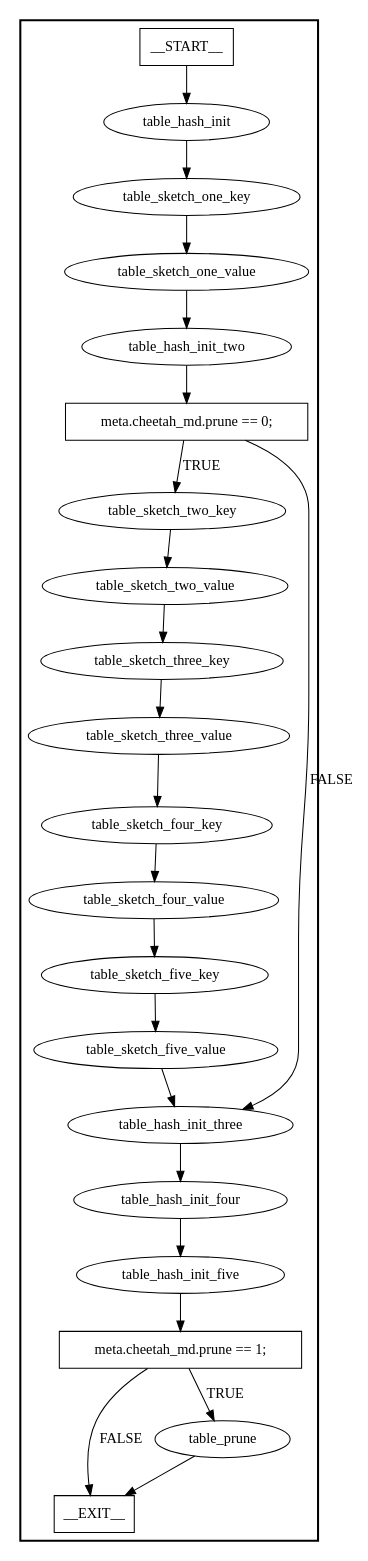
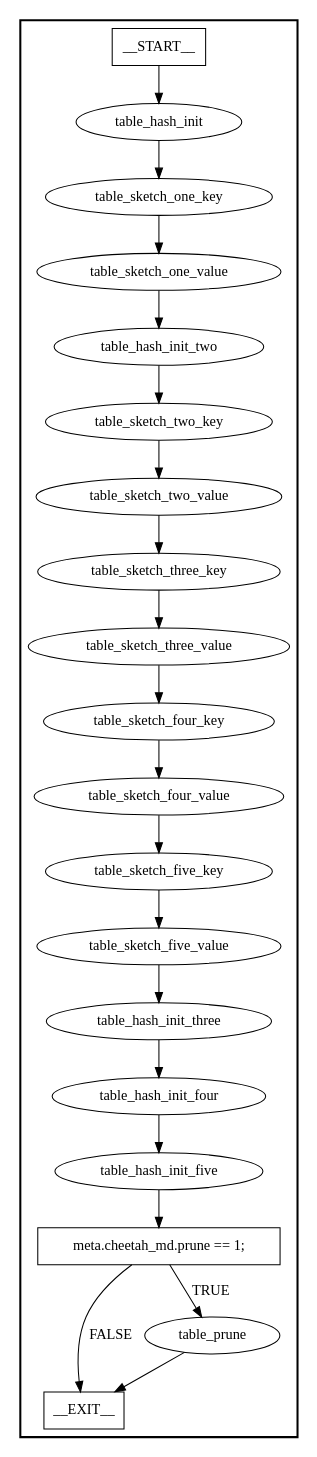
Before and after one commit to eniac/FP4: the diagram in instrumentation/mvbl/context_dot_cache/cheetah_groupby/ingress.dot, drawn with Graphviz. The commit also changed 12 other files, not shown here.

```diff
--- a/instrumentation/mvbl/context_dot_cache/cheetah_groupby/ingress.dot
+++ b/instrumentation/mvbl/context_dot_cache/cheetah_groupby/ingress.dot
@@ -1,47 +1,44 @@
 digraph ingress {
 subgraph cluster {
 graph [
 label="", labeljust=r, style=bold];
 0[label=__START__, margin="", shape=rectangle, style=solid];
 1[label=__EXIT__, margin="", shape=rectangle, style=solid];
 2[label=table_hash_init, margin="", shape=ellipse, style=solid];
 3[label=table_sketch_one_key, margin="", shape=ellipse, style=solid];
 4[label=table_sketch_one_value, margin="", shape=ellipse, style=solid];
 5[label=table_hash_init_two, margin="", shape=ellipse, style=solid];
-6[label="meta.cheetah_md.prune == 0;", margin="", shape=rectangle, style=solid];
-7[label=table_sketch_two_key, margin="", shape=ellipse, style=solid];
-8[label=table_sketch_two_value, margin="", shape=ellipse, style=solid];
-9[label=table_sketch_three_key, margin="", shape=ellipse, style=solid];
-10[label=table_sketch_three_value, margin="", shape=ellipse, style=solid];
-11[label=table_sketch_four_key, margin="", shape=ellipse, style=solid];
-12[label=table_sketch_four_value, margin="", shape=ellipse, style=solid];
-13[label=table_sketch_five_key, margin="", shape=ellipse, style=solid];
-14[label=table_sketch_five_value, margin="", shape=ellipse, style=solid];
-15[label=table_hash_init_three, margin="", shape=ellipse, style=solid];
-16[label=table_hash_init_four, margin="", shape=ellipse, style=solid];
-17[label=table_hash_init_five, margin="", shape=ellipse, style=solid];
-18[label="meta.cheetah_md.prune == 1;", margin="", shape=rectangle, style=solid];
-19[label=table_prune, margin="", shape=ellipse, style=solid];
+6[label=table_sketch_two_key, margin="", shape=ellipse, style=solid];
+7[label=table_sketch_two_value, margin="", shape=ellipse, style=solid];
+8[label=table_sketch_three_key, margin="", shape=ellipse, style=solid];
+9[label=table_sketch_three_value, margin="", shape=ellipse, style=solid];
+10[label=table_sketch_four_key, margin="", shape=ellipse, style=solid];
+11[label=table_sketch_four_value, margin="", shape=ellipse, style=solid];
+12[label=table_sketch_five_key, margin="", shape=ellipse, style=solid];
+13[label=table_sketch_five_value, margin="", shape=ellipse, style=solid];
+14[label=table_hash_init_three, margin="", shape=ellipse, style=solid];
+15[label=table_hash_init_four, margin="", shape=ellipse, style=solid];
+16[label=table_hash_init_five, margin="", shape=ellipse, style=solid];
+17[label="meta.cheetah_md.prune == 1;", margin="", shape=rectangle, style=solid];
+18[label=table_prune, margin="", shape=ellipse, style=solid];
 0 -> 2[label=""];
 2 -> 3[label=""];
 3 -> 4[label=""];
 4 -> 5[label=""];
 5 -> 6[label=""];
-6 -> 7[label=TRUE];
-6 -> 15[label=FALSE];
+6 -> 7[label=""];
 7 -> 8[label=""];
 8 -> 9[label=""];
 9 -> 10[label=""];
 10 -> 11[label=""];
 11 -> 12[label=""];
 12 -> 13[label=""];
 13 -> 14[label=""];
 14 -> 15[label=""];
 15 -> 16[label=""];
 16 -> 17[label=""];
-17 -> 18[label=""];
-18 -> 19[label=TRUE];
-18 -> 1[label=FALSE];
-19 -> 1[label=""];
+17 -> 18[label=TRUE];
+17 -> 1[label=FALSE];
+18 -> 1[label=""];
 }
 }
```
